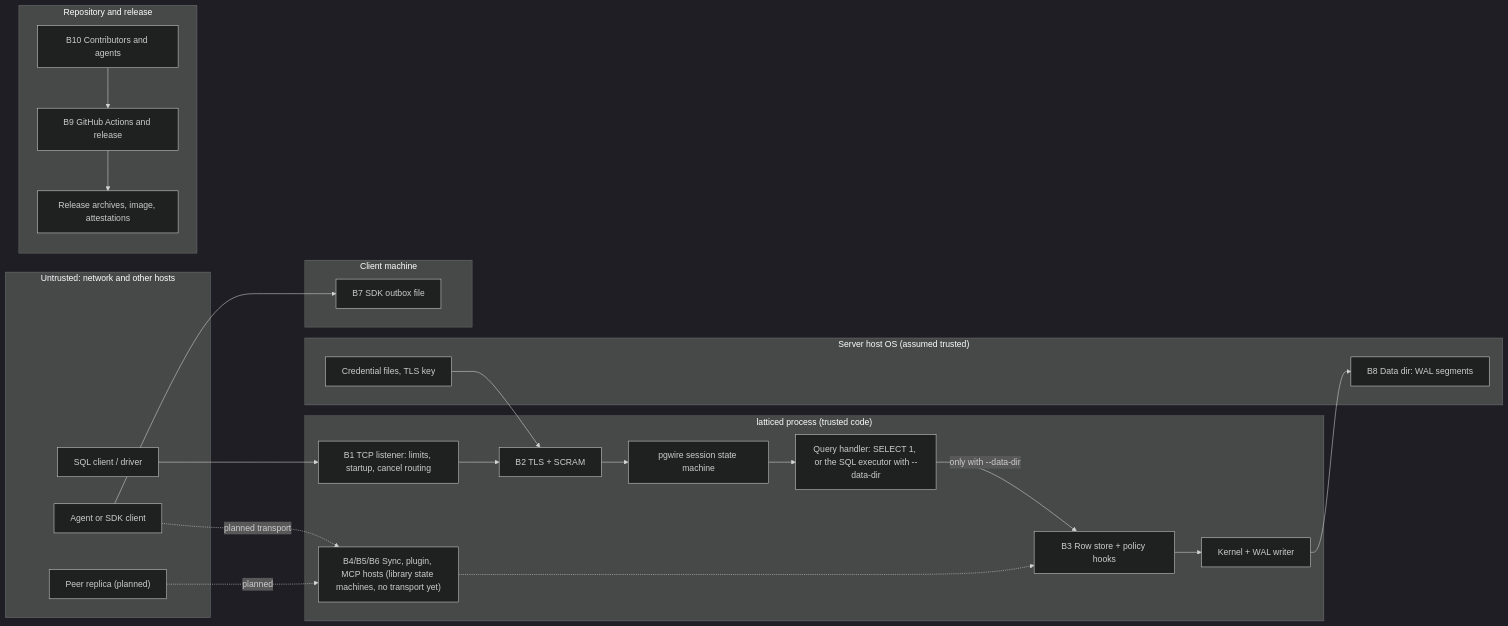
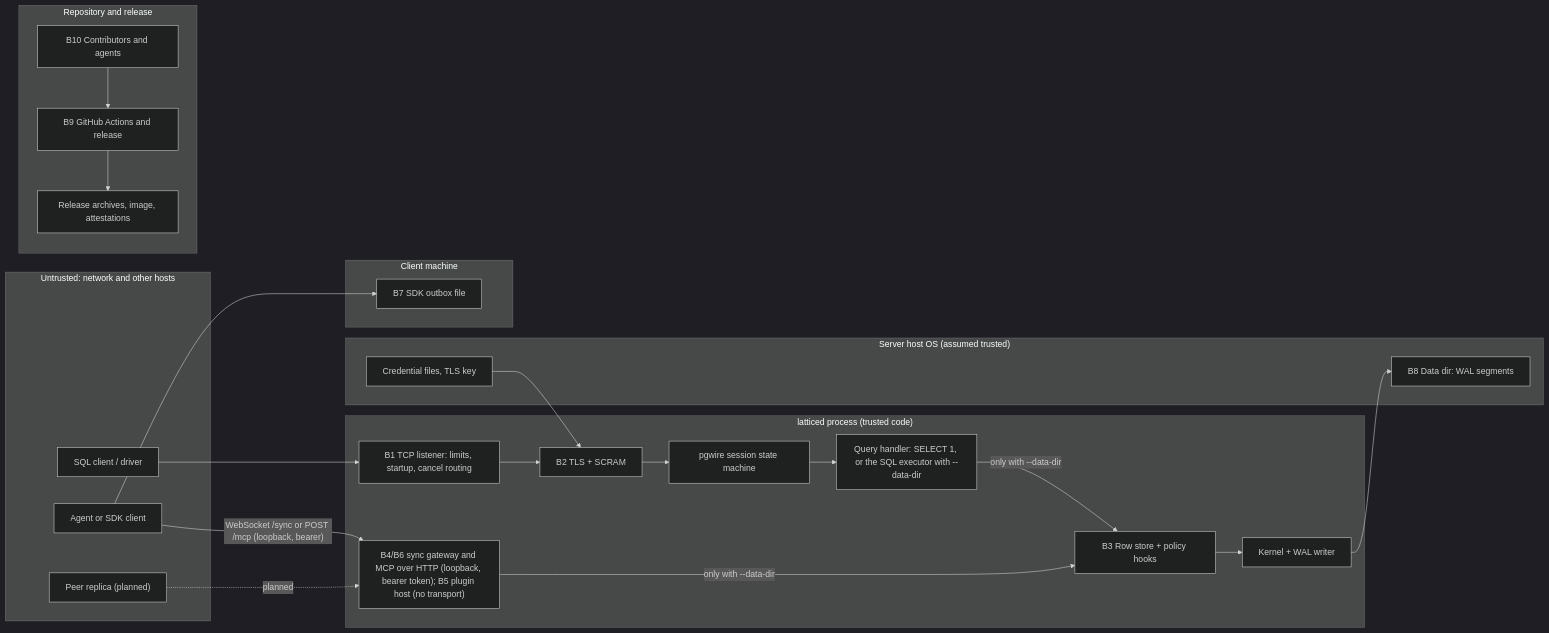
One commit to jay23606/latticedb changed the diagram in docs/threat-model.md. Above: the diagram before and after it, drawn with Mermaid (dark theme). The commit also changed other lines of this file and 1 other file, not shown here.

First line of the commit message:
docs: refresh the threat model for the gateway, MCP and bearer tokens

````diff
--- a/docs/threat-model.md
+++ b/docs/threat-model.md
@@ -76,36 +80,37 @@
 ```mermaid
 flowchart LR
   subgraph Z0["Untrusted: network and other hosts"]
     NC["SQL client / driver"]
     AG["Agent or SDK client"]
     PR["Peer replica (planned)"]
   end
   subgraph Z1["latticed process (trusted code)"]
     L["B1 TCP listener: limits, startup, cancel routing"]
     T["B2 TLS + SCRAM"]
     S["pgwire session state machine"]
     H["Query handler: SELECT 1, or the SQL executor with --data-dir"]
     RS["B3 Row store + policy hooks"]
     K["Kernel + WAL writer"]
-    SY["B4/B5/B6 Sync, plugin, MCP hosts (library state machines, no transport yet)"]
+    SY["B4/B6 sync gateway and MCP over HTTP (loopback, bearer token); B5 plugin host (no transport)"]
   end
   subgraph Z2["Server host OS (assumed trusted)"]
     D["B8 Data dir: WAL segments"]
     CF["Credential files, TLS key"]
   end
   subgraph Z3["Client machine"]
     OB["B7 SDK outbox file"]
   end
   subgraph Z4["Repository and release"]
     CON["B10 Contributors and agents"]
     CI["B9 GitHub Actions and release"]
     REL["Release archives, image, attestations"]
   end
   NC --> L --> T --> S --> H
   H -- "only with --data-dir" --> RS --> K --> D
   CF --> T
-  AG -. "planned transport" .-> SY -.-> RS
+  AG -- "WebSocket /sync or POST /mcp (loopback, bearer)" --> SY
+  SY -- "only with --data-dir" --> RS
   PR -. "planned" .-> SY
   AG --> OB
   CON --> CI --> REL
 ```
````
